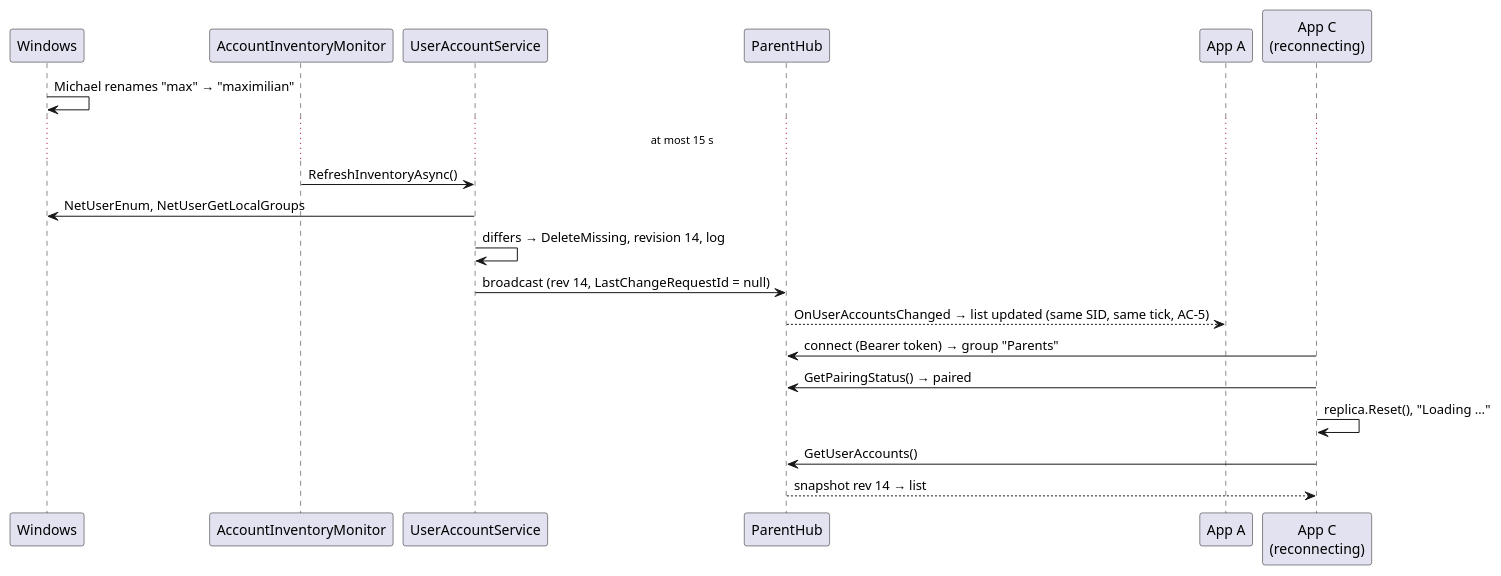
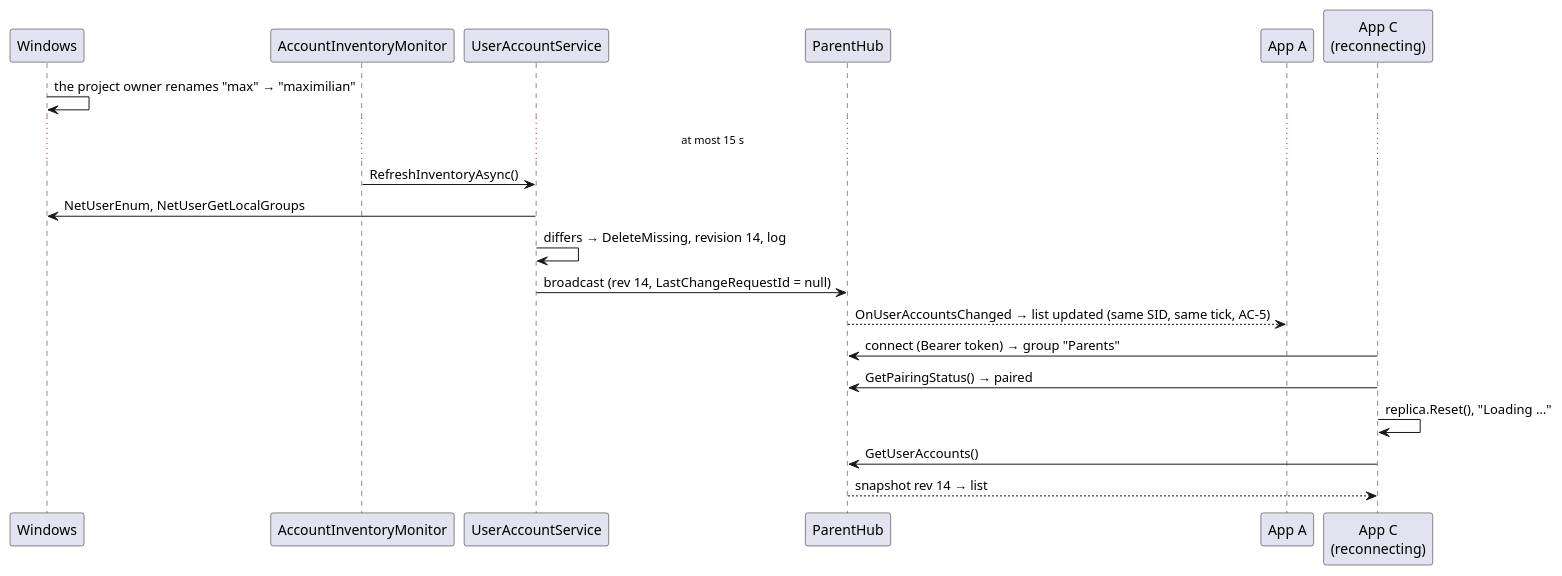
The fifth of 5 diagrams in 02_Implementation/docs/requirements/user-stories/US-003/implementation-plan.md (adlemich/EagleEye), drawn with PlantUML before and after one commit. The commit also changed other lines of this file and 220 other files, not shown here.

````diff
--- a/02_Implementation/docs/requirements/user-stories/US-003/implementation-plan.md
+++ b/02_Implementation/docs/requirements/user-stories/US-003/implementation-plan.md
@@ -445,24 +445,24 @@
 ```plantuml
 @startuml US-003 Inventory
 participant "Windows" as WIN
 participant "AccountInventoryMonitor" as MON
 participant "UserAccountService" as UAS
 participant "ParentHub" as HUB
 participant "App A" as A
 participant "App C\n(reconnecting)" as C
 
-WIN -> WIN : Michael renames "max" → "maximilian"
+WIN -> WIN : the project owner renames "max" → "maximilian"
 ... at most 15 s ...
 MON -> UAS : RefreshInventoryAsync()
 UAS -> WIN : NetUserEnum, NetUserGetLocalGroups
 UAS -> UAS : differs → DeleteMissing, revision 14, log
 UAS -> HUB : broadcast (rev 14, LastChangeRequestId = null)
 HUB --> A : OnUserAccountsChanged → list updated (same SID, same tick, AC-5)
 
 C -> HUB : connect (Bearer token) → group "Parents"
 C -> HUB : GetPairingStatus() → paired
 C -> C : replica.Reset(), "Loading …"
 C -> HUB : GetUserAccounts()
 HUB --> C : snapshot rev 14 → list
 @enduml
 ```
````
